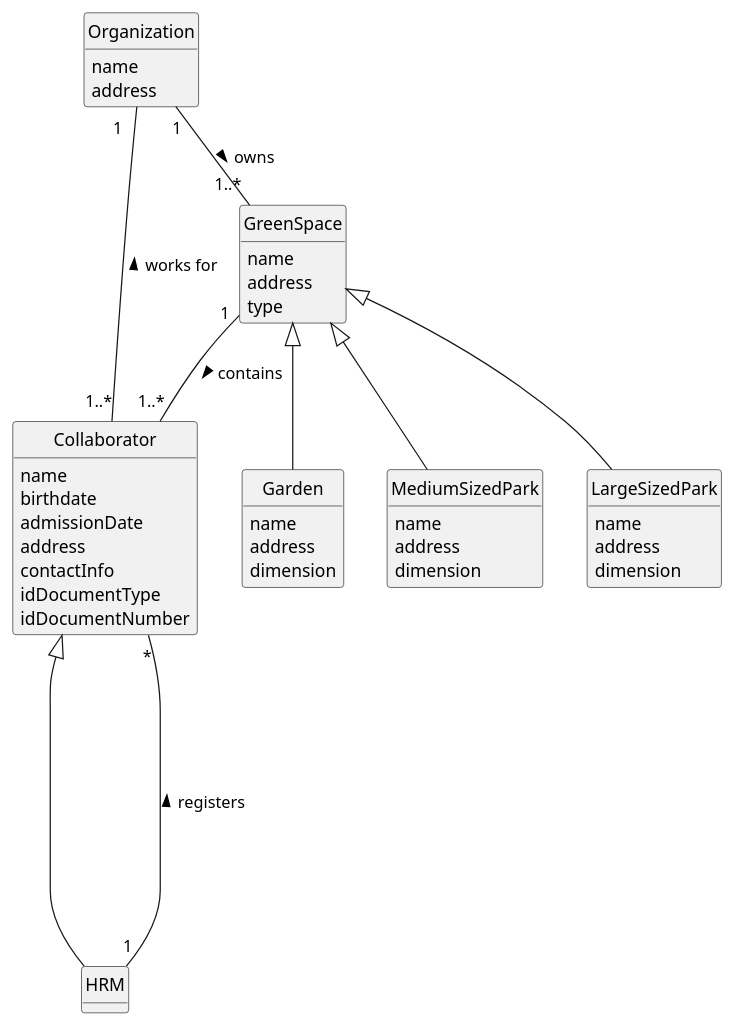
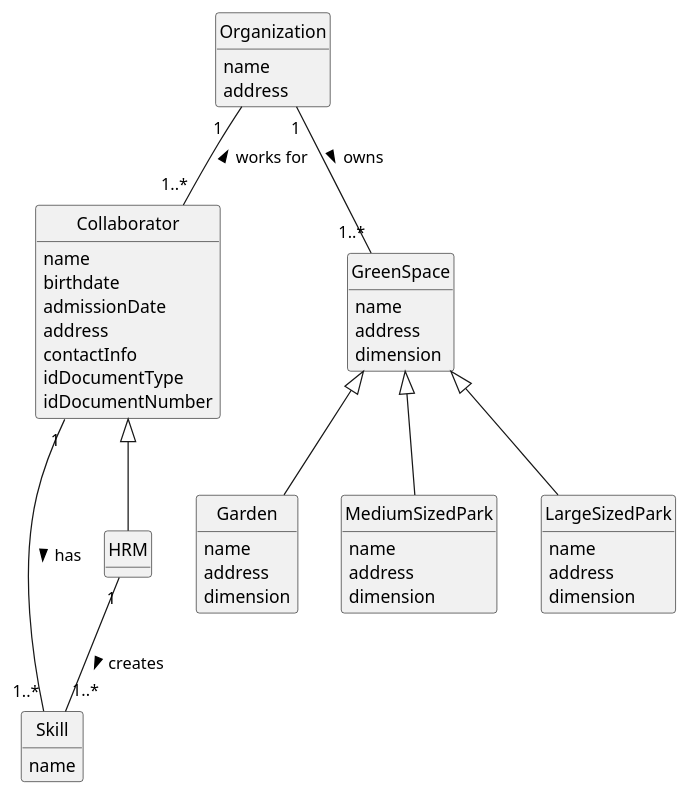
Before and after one commit to diogoveirospro/lei-24-s2-1dg-g072: the diagram in docs/sprintA/us003/02.analysis/puml/us003-domain-model.puml, drawn with PlantUML.

Commit message:
Correction on the US3 analysis

```diff
--- a/docs/sprintA/us003/02.analysis/puml/us003-domain-model.puml
+++ b/docs/sprintA/us003/02.analysis/puml/us003-domain-model.puml
@@ -1,62 +1,68 @@
 @startuml
 skinparam monochrome true
 skinparam packageStyle rectangle
 skinparam shadowing false
 
 'left to right direction
 
 skinparam classAttributeIconSize 0
 
 hide circle
 hide methods
+
 class Collaborator {
-     name
-     birthdate
-     admissionDate
-     address
-     contactInfo
-     idDocumentType
-     idDocumentNumber
+    name
+    birthdate
+    admissionDate
+    address
+    contactInfo
+    idDocumentType
+    idDocumentNumber
 }
 
 class HRM {
 
 }
+
+class Skill {
+    name
+}
+
 class GreenSpace {
     name
     address
-    type
+    dimension
 }
 
 class Garden {
     name
     address
     dimension
 }
 
 class MediumSizedPark {
     name
     address
     dimension
 }
 
 class LargeSizedPark {
     name
     address
     dimension
 }
-class Organization{
+
+class Organization {
     name
     address
 }
 
-Organization "1" -- "1..*" GreenSpace: owns >
-Organization "1   " -- "1..*" Collaborator: works for <
-GreenSpace "1" -- "1..*" Collaborator: contains >
+HRM "1" -- "1..*" Skill: creates >
+Collaborator "1" - "1..*" Skill: has >
+Collaborator <|-- HRM
 GreenSpace <|-- Garden
 GreenSpace <|-- MediumSizedPark
 GreenSpace <|-- LargeSizedPark
-HRM "1" ----- "*" Collaborator : registers >
-Collaborator <|---- HRM
-
+Organization "1" -- "1..*" GreenSpace: owns >
+Organization "1   " -- "1..*" Collaborator: works for <
 @enduml
```
